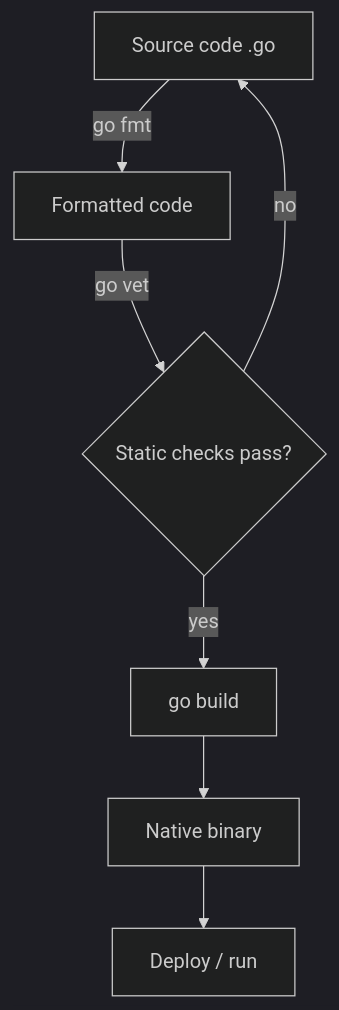
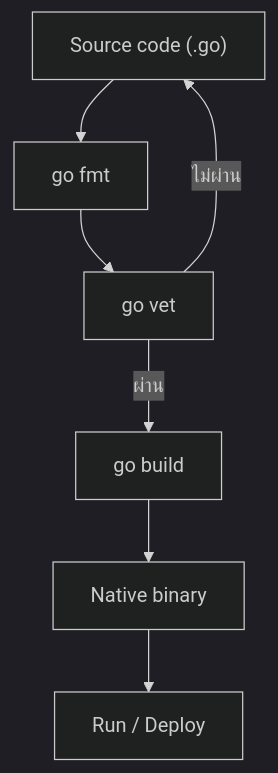
Before and after one commit to kidpeterpan/kidpeterpan.github.io: the first of 2 diagrams in content/go/01-setting-up-your-go-environment.md, drawn with Mermaid (dark theme). The commit also changed other lines of this file and 1 other file, not shown here.

Commit message:
update: rewrite Go episode 1 with simpler Thai and mermaid diagrams

```diff
--- a/content/go/01-setting-up-your-go-environment.md
+++ b/content/go/01-setting-up-your-go-environment.md
@@ -20,9 +22,9 @@
 {{< mermaid >}}
-graph TD
-  A["Source code .go"] -->|go fmt| B["Formatted code"]
-  B -->|go vet| C{"Static checks pass?"}
-  C -->|yes| D["go build"]
-  C -->|no| A
+flowchart TD
+  A["Source code (.go)"] --> B["go fmt"]
+  B --> C["go vet"]
+  C -->|ผ่าน| D["go build"]
+  C -->|ไม่ผ่าน| A
   D --> E["Native binary"]
-  E --> F["Deploy / run"]
+  E --> F["Run / Deploy"]
 {{< /mermaid >}}
```
